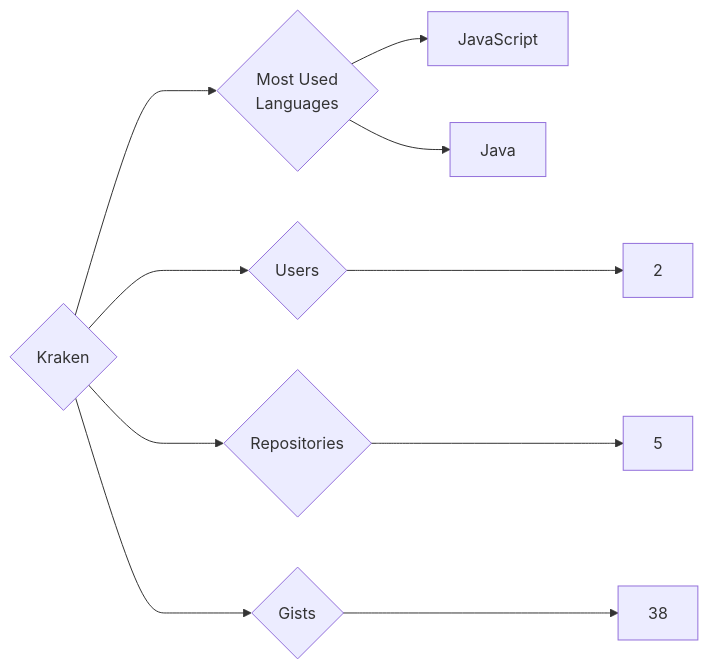
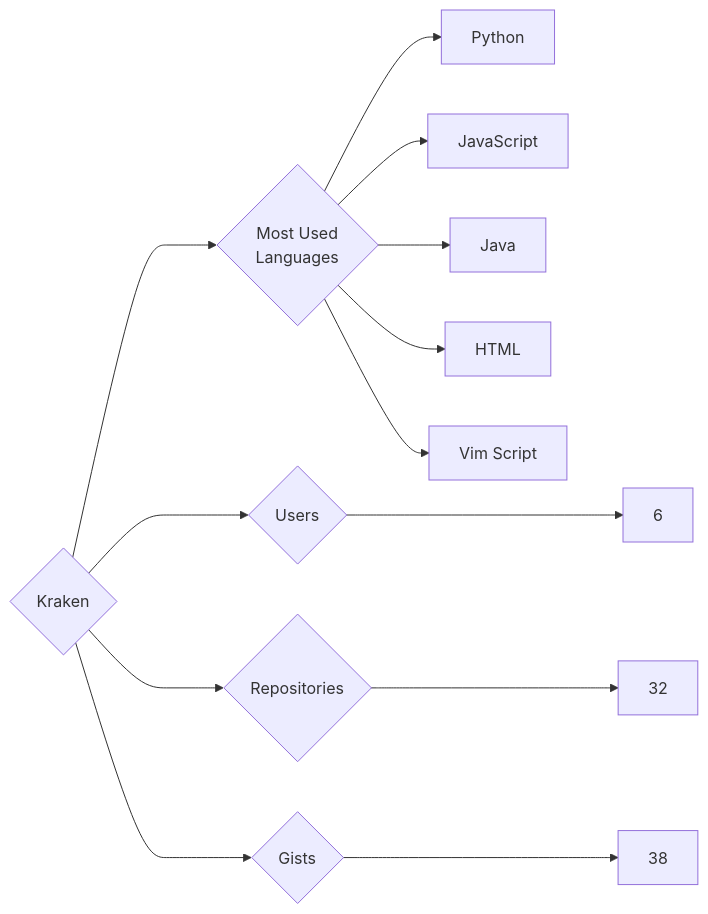
Before and after one commit to trickest/insiders: the diagram in targets/Kraken/README.md, drawn with Mermaid. The commit also changed 745 other files, not shown here.

````diff
--- a/targets/Kraken/README.md
+++ b/targets/Kraken/README.md
@@ -3,10 +3,13 @@
 ```mermaid
 graph LR
 COMPANY_NAME{Kraken}
-COMPANY_NAME ---> U{Users} ---> UN[2]
-COMPANY_NAME ---> R{Repositories} ---> RN[5]
+COMPANY_NAME ---> U{Users} ---> UN[6]
+COMPANY_NAME ---> R{Repositories} ---> RN[32]
 COMPANY_NAME ---> G{Gists} ---> GN[38]
 COMPANY_NAME ---> ML{Most Used<br>Languages}
+ML --> Python[Python]
 ML --> JavaScript[JavaScript]
 ML --> Java[Java]
+ML --> HTML[HTML]
+ML --> Vim_Script[Vim Script]
 ```
````
